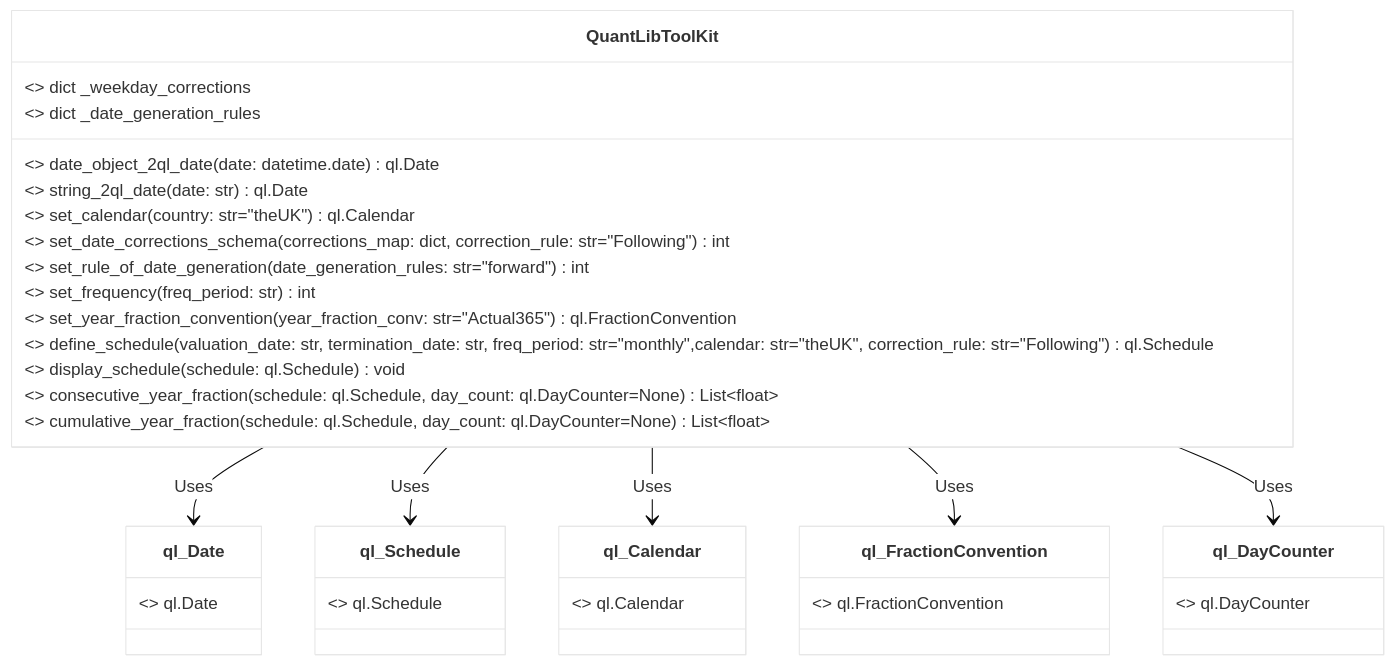
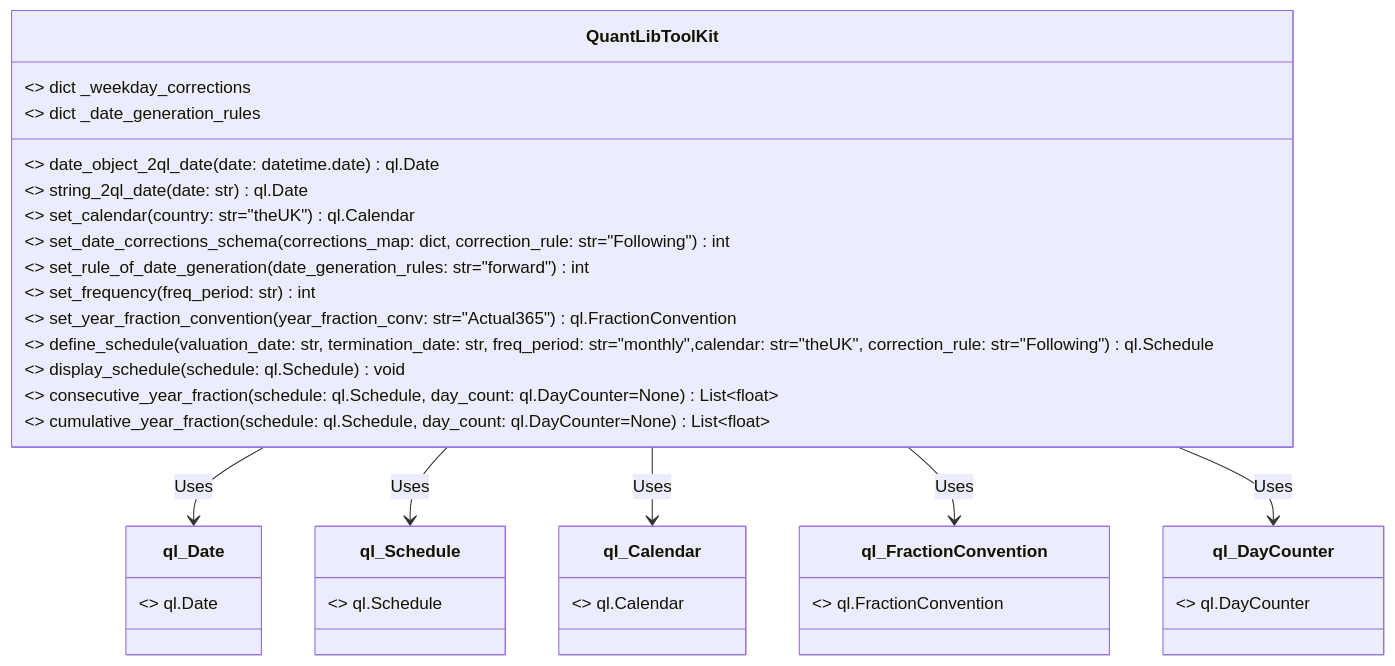
The first of 3 diagrams in README.md (krzysiekbienias/numeraire), drawn with Mermaid before and after one commit. The commit also changed other lines of this file, not shown here.

Commit message:
readme: Change diagrams background.

````diff
--- a/README.md
+++ b/README.md
@@ -129,54 +129,46 @@
 ```mermaid
-%%{init: {'theme': 'base', 'themeVariables': {
-    'background': 'rgb(245,245,245)', 
-    'primaryColor': 'rgb(255,255,255)', 
-    'primaryTextColor': '#333333', 
-    'edgeLabelBackground': '#ffffff',
-    'tertiaryColor': '#f5f5f5',
-    'fontFamily': 'Arial'
-}}}%%
 classDiagram
     class QuantLibToolKit {
         <<static>> dict _weekday_corrections
         <<static>> dict _date_generation_rules
         <<static>> date_object_2ql_date(date: datetime.date) ql.Date
         <<static>> string_2ql_date(date: str) ql.Date
         <<static>> set_calendar(country: str="theUK") ql.Calendar
         <<static>> set_date_corrections_schema(corrections_map: dict, correction_rule: str="Following") int
         <<static>> set_rule_of_date_generation(date_generation_rules: str="forward") int
         <<static>> set_frequency(freq_period: str) int
         <<static>> set_year_fraction_convention(year_fraction_conv: str="Actual365") ql.FractionConvention
         <<static>> define_schedule(valuation_date: str, termination_date: str, freq_period: str="monthly",calendar: str="theUK", correction_rule: str="Following") ql.Schedule
         <<static>> display_schedule(schedule: ql.Schedule) void
         <<static>> consecutive_year_fraction(schedule: ql.Schedule, day_count: ql.DayCounter=None) List~float~
         <<static>> cumulative_year_fraction(schedule: ql.Schedule, day_count: ql.DayCounter=None) List~float~
     }
  
        %% Placeholder for external classes
     class ql_Date {
         <<external>> ql.Date
     }
 
     class ql_Schedule {
         <<external>> ql.Schedule
     }
 
     class ql_Calendar {
         <<external>> ql.Calendar
     }
 
     class ql_FractionConvention {
         <<external>> ql.FractionConvention
     }
 
     class ql_DayCounter {
         <<external>> ql.DayCounter
     }
 
     %% Dependencies
     QuantLibToolKit --> ql_Date : Uses
     QuantLibToolKit --> ql_Schedule : Uses
     QuantLibToolKit --> ql_Calendar : Uses
     QuantLibToolKit --> ql_FractionConvention : Uses
     QuantLibToolKit --> ql_DayCounter : Uses
 ``` 
````
